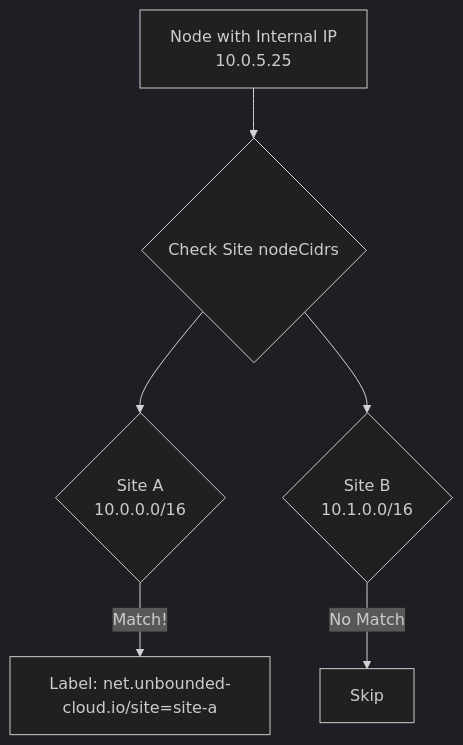
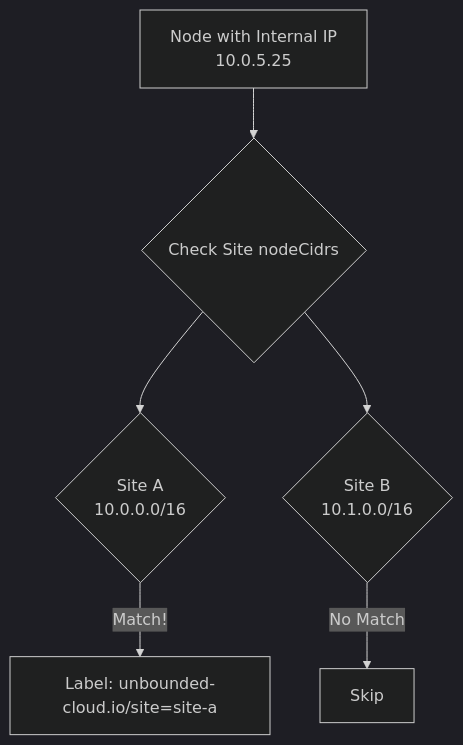
One commit to Azure/unbounded changed the first of 6 diagrams in docs/net/custom-resources.md. Above: the diagram before and after it, drawn with Mermaid (dark theme). The commit also changed other lines of this file and 42 other files, not shown here.

First line of the commit message:
[unbounded-system] Address PR386 review, deprecate net site label, harden migration

````diff
--- a/docs/net/custom-resources.md
+++ b/docs/net/custom-resources.md
@@ -133,8 +133,8 @@
 ```mermaid
 flowchart TD
     N[Node with Internal IP<br/>10.0.5.25] --> C{Check Site nodeCidrs}
     C --> S1{Site A<br/>10.0.0.0/16}
     C --> S2{Site B<br/>10.1.0.0/16}
-    S1 -->|Match!| L[Label: net.unbounded-cloud.io/site=site-a]
+    S1 -->|Match!| L[Label: unbounded-cloud.io/site=site-a]
     S2 -->|No Match| X[Skip]
 ```
````
